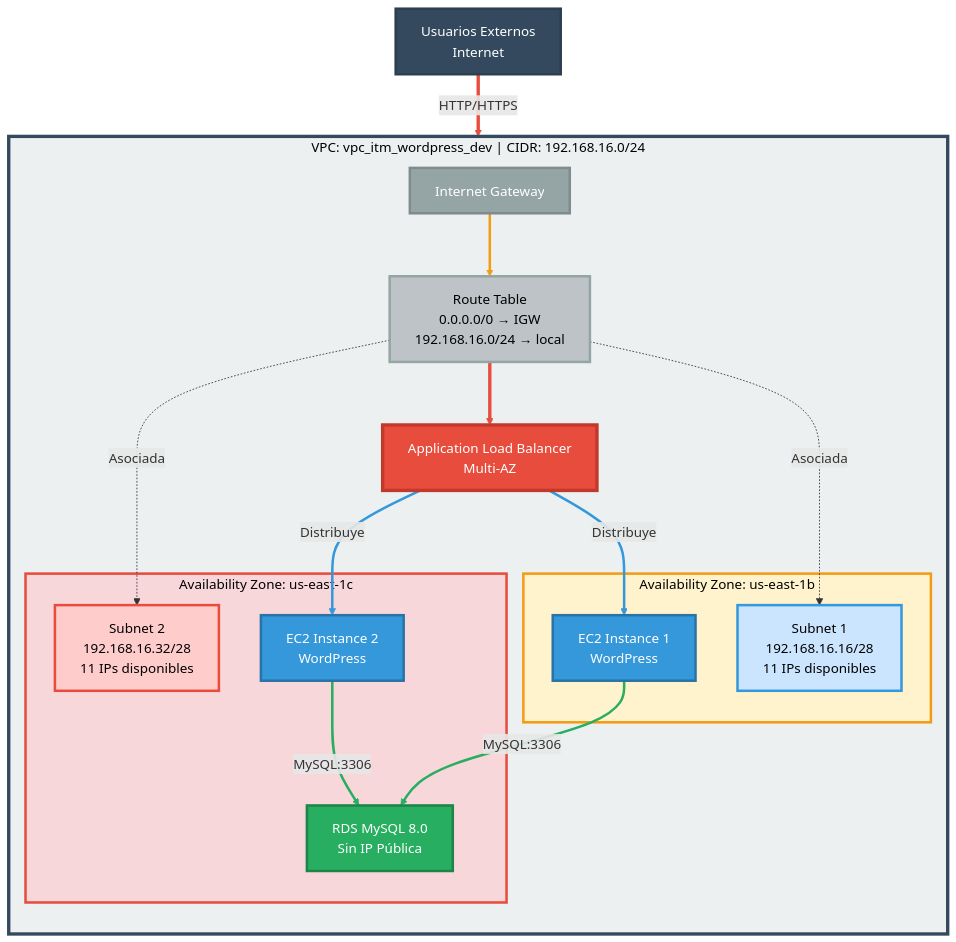
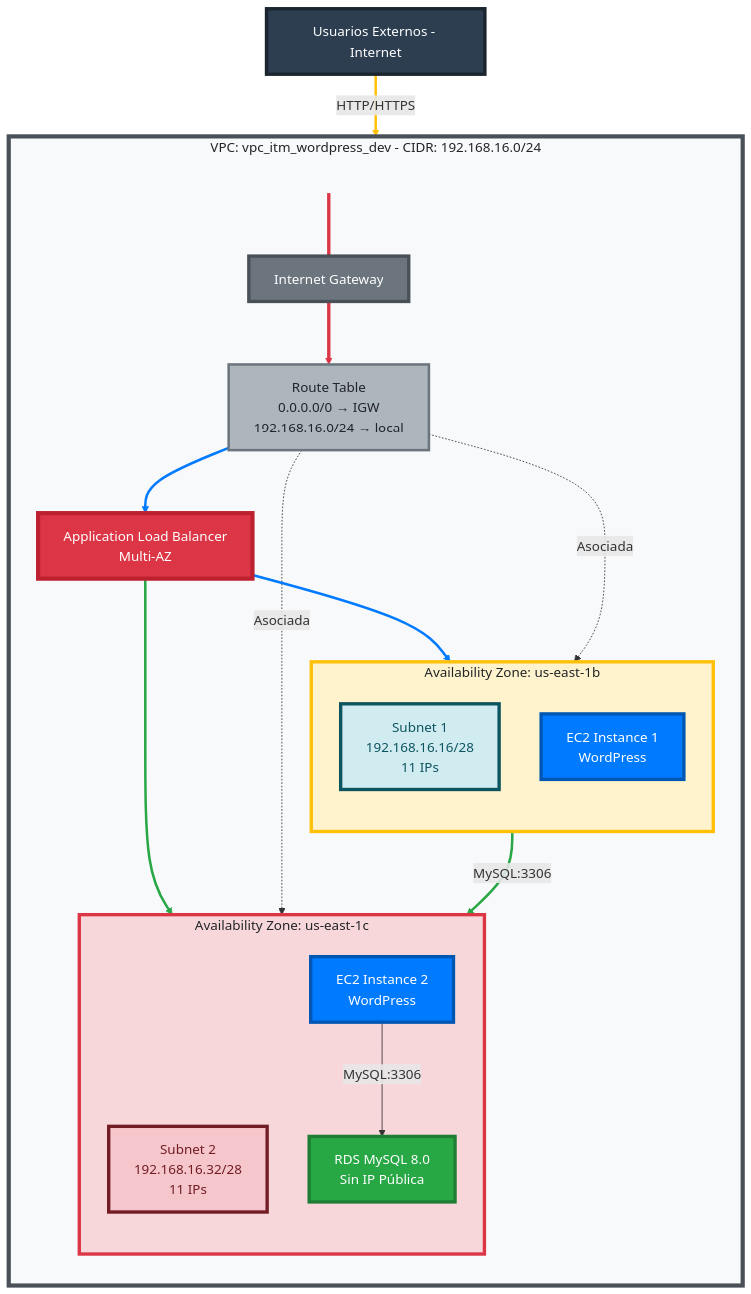
The diagram in README.md (gjoiver/terraform-project), drawn with Mermaid before and after one commit.

Commit message:
feat(readme): update diagram

````diff
--- a/README.md
+++ b/README.md
@@ -15,59 +15,65 @@
 ```mermaid
 graph TB
-    Users["Usuarios Externos<br/>Internet"]
+    Users["Usuarios Externos - Internet"]
 
-    subgraph VPC["VPC: vpc_itm_wordpress_dev | CIDR: 192.168.16.0/24"]
+    subgraph VPC["VPC: vpc_itm_wordpress_dev - CIDR: 192.168.16.0/24"]
         direction TB
 
+        VPC_Title[" "]
         IGW["Internet Gateway"]
         RT["Route Table<br/>0.0.0.0/0 → IGW<br/>192.168.16.0/24 → local"]
         ALB["Application Load Balancer<br/>Multi-AZ"]
 
         subgraph AZ1["Availability Zone: us-east-1b"]
-            Subnet1["Subnet 1<br/>192.168.16.16/28<br/>11 IPs disponibles"]
+            direction TB
+            Subnet1["Subnet 1<br/>192.168.16.16/28<br/>11 IPs"]
             EC2_1["EC2 Instance 1<br/>WordPress"]
         end
 
         subgraph AZ2["Availability Zone: us-east-1c"]
-            Subnet2["Subnet 2<br/>192.168.16.32/28<br/>11 IPs disponibles"]
+            direction TB
+            Subnet2["Subnet 2<br/>192.168.16.32/28<br/>11 IPs"]
             EC2_2["EC2 Instance 2<br/>WordPress"]
             RDS["RDS MySQL 8.0<br/>Sin IP Pública"]
         end
+
+        VPC_Title ~~~ IGW
     end
 
     Users -->|HTTP/HTTPS| IGW
     IGW --> RT
     RT --> ALB
-    ALB -->|Distribuye| EC2_1
-    ALB -->|Distribuye| EC2_2
+    ALB --> EC2_1
+    ALB --> EC2_2
     EC2_1 -->|MySQL:3306| RDS
     EC2_2 -->|MySQL:3306| RDS
 
     RT -.->|Asociada| Subnet1
     RT -.->|Asociada| Subnet2
 
-    style Users fill:#34495e,stroke:#2c3e50,stroke-width:3px,color:#fff
+    style Users fill:#2C3E50,stroke:#1A252F,stroke-width:4px,color:#FFFFFF
+    style VPC_Title fill:none,stroke:none,color:none
 
-    style VPC fill:#ecf0f1,stroke:#34495e,stroke-width:4px,color:#000
-    style IGW fill:#95a5a6,stroke:#7f8c8d,stroke-width:3px,color:#fff
-    style RT fill:#bdc3c7,stroke:#95a5a6,stroke-width:3px,color:#000
+    style VPC fill:#F8F9FA,stroke:#495057,stroke-width:5px,color:#212529
+    style IGW fill:#6C757D,stroke:#495057,stroke-width:4px,color:#FFFFFF
+    style RT fill:#ADB5BD,stroke:#6C757D,stroke-width:3px,color:#212529
 
-    style AZ1 fill:#fff3cd,stroke:#f39c12,stroke-width:3px,color:#000
-    style AZ2 fill:#f8d7da,stroke:#e74c3c,stroke-width:3px,color:#000
+    style AZ1 fill:#FFF3CD,stroke:#FFC107,stroke-width:4px,color:#212529
+    style AZ2 fill:#F8D7DA,stroke:#DC3545,stroke-width:4px,color:#212529
 
-    style Subnet1 fill:#cce5ff,stroke:#3498db,stroke-width:3px,color:#000
-    style Subnet2 fill:#ffcccc,stroke:#e74c3c,stroke-width:3px,color:#000
+    style Subnet1 fill:#D1ECF1,stroke:#0C5460,stroke-width:4px,color:#0C5460
+    style Subnet2 fill:#F5C6CB,stroke:#721C24,stroke-width:4px,color:#721C24
 
-    style EC2_1 fill:#3498db,stroke:#2874a6,stroke-width:3px,color:#fff
-    style EC2_2 fill:#3498db,stroke:#2874a6,stroke-width:3px,color:#fff
-    style RDS fill:#27ae60,stroke:#1e8449,stroke-width:3px,color:#fff
-    style ALB fill:#e74c3c,stroke:#c0392b,stroke-width:4px,color:#fff
+    style EC2_1 fill:#007BFF,stroke:#0056B3,stroke-width:4px,color:#FFFFFF
+    style EC2_2 fill:#007BFF,stroke:#0056B3,stroke-width:4px,color:#FFFFFF
+    style RDS fill:#28A745,stroke:#1E7E34,stroke-width:4px,color:#FFFFFF
+    style ALB fill:#DC3545,stroke:#BD2130,stroke-width:5px,color:#FFFFFF
 
-    linkStyle 0 stroke:#e74c3c,stroke-width:4px
-    linkStyle 1 stroke:#f39c12,stroke-width:3px
-    linkStyle 2 stroke:#e74c3c,stroke-width:4px
-    linkStyle 3 stroke:#3498db,stroke-width:3px
-    linkStyle 4 stroke:#3498db,stroke-width:3px
-    linkStyle 5 stroke:#27ae60,stroke-width:3px
-    linkStyle 6 stroke:#27ae60,stroke-width:3px
+    linkStyle 0 stroke:#DC3545,stroke-width:4px
+    linkStyle 1 stroke:#FFC107,stroke-width:3px
+    linkStyle 2 stroke:#DC3545,stroke-width:4px
+    linkStyle 3 stroke:#007BFF,stroke-width:3px
+    linkStyle 4 stroke:#007BFF,stroke-width:3px
+    linkStyle 5 stroke:#28A745,stroke-width:3px
+    linkStyle 6 stroke:#28A745,stroke-width:3px
 ```
````
